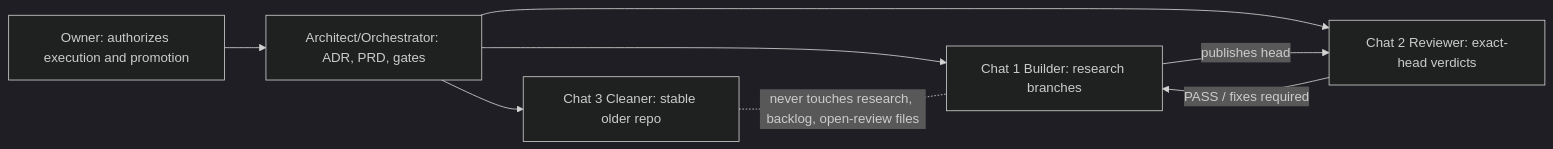
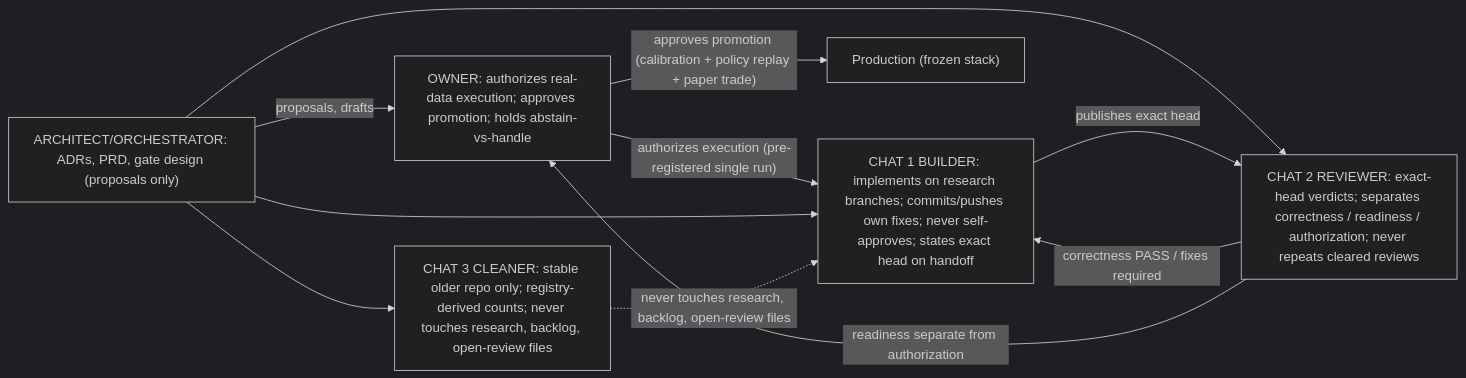
The diagram in docs/diagrams/07-lanes-and-roles.md (Cbkaplinger/MLB-Props), drawn with Mermaid (dark theme) before and after one commit. The commit also changed other lines of this file and 4 other files, not shown here.

````diff
--- a/docs/diagrams/07-lanes-and-roles.md
+++ b/docs/diagrams/07-lanes-and-roles.md
@@ -6,15 +7,18 @@
 ```mermaid
 flowchart LR
-  OWNER["Owner: authorizes execution and promotion"]
-  ARCH["Architect/Orchestrator: ADR, PRD, gates"]
-  B["Chat 1 Builder: research branches"]
-  R["Chat 2 Reviewer: exact-head verdicts"]
-  C["Chat 3 Cleaner: stable older repo"]
-  OWNER --> ARCH
+  OWNER["OWNER: authorizes real-data execution; approves promotion; holds abstain-vs-handle"]
+  ARCH["ARCHITECT/ORCHESTRATOR: ADRs, PRD, gate design (proposals only)"]
+  B["CHAT 1 BUILDER: implements on research branches; commits/pushes own fixes; never self-approves; states exact head on handoff"]
+  R["CHAT 2 REVIEWER: exact-head verdicts; separates correctness / readiness / authorization; never repeats cleared reviews"]
+  C["CHAT 3 CLEANER: stable older repo only; registry-derived counts; never touches research, backlog, open-review files"]
+  OWNER -->|"authorizes execution (pre-registered single run)"| B
+  OWNER -->|"approves promotion (calibration + policy replay + paper trade)"| PROD["Production (frozen stack)"]
+  ARCH -->|"proposals, drafts"| OWNER
   ARCH --> B
   ARCH --> R
   ARCH --> C
-  B -- "publishes head" --> R
-  R -- "PASS / fixes required" --> B
-  C -. "never touches research, backlog, open-review files" .- B
+  B -- "publishes exact head" --> R
+  R -- "correctness PASS / fixes required" --> B
+  R -- "readiness separate from authorization" --> OWNER
+  C -. "never touches research, backlog, open-review files" .-> B
 ```
````
